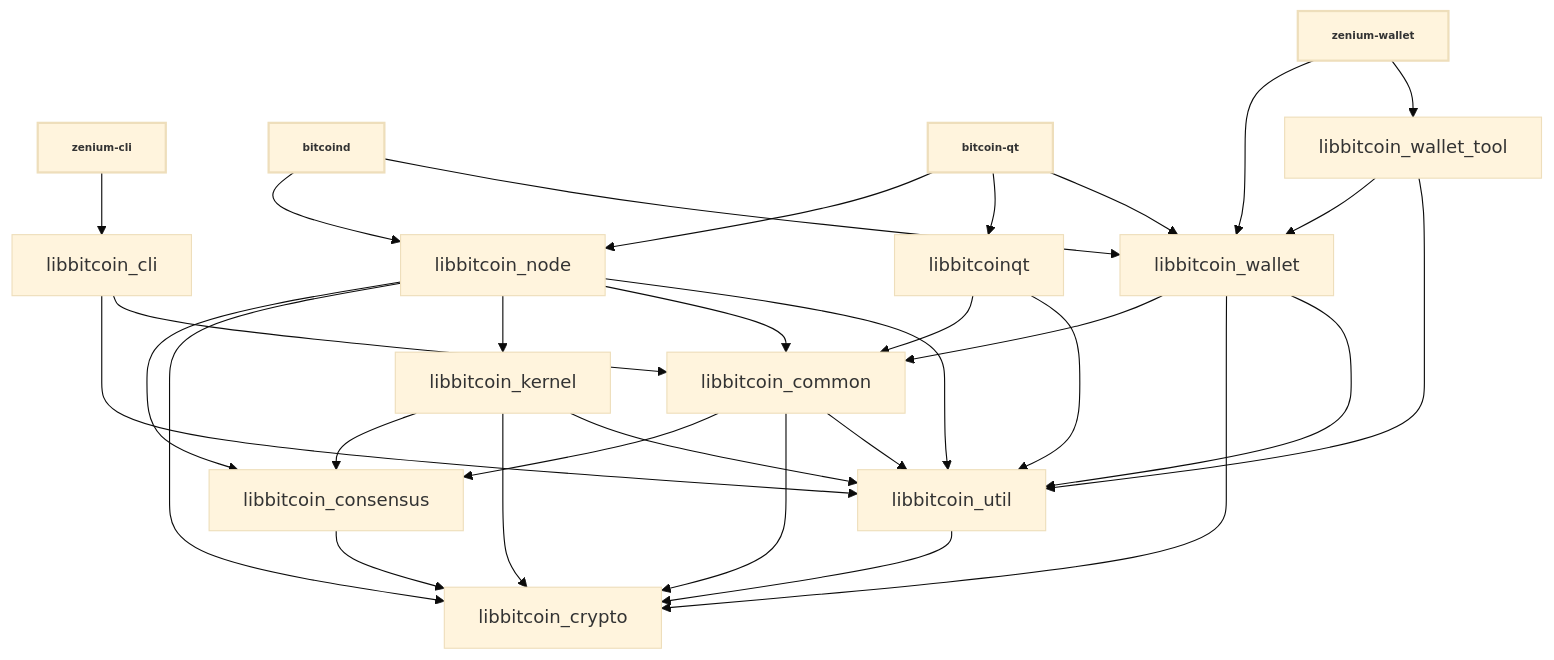
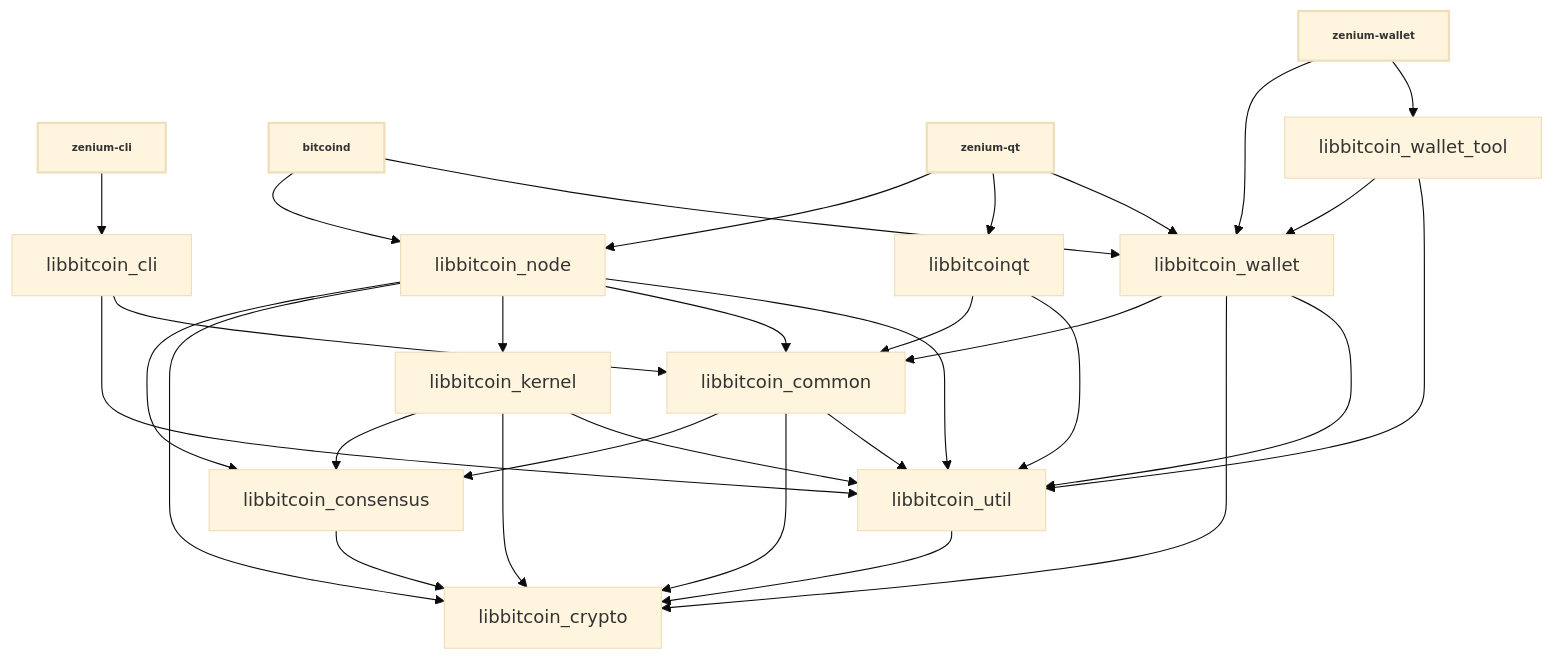
Before and after one commit to zenium-community/zenium: the diagram in doc/design/libraries.md, drawn with Mermaid (base theme). The commit also changed other lines of this file and 47 other files, not shown here.

Commit message:
Rebrand: rename 'bitcoin-qt' to 'zenium-qt'

````diff
--- a/doc/design/libraries.md
+++ b/doc/design/libraries.md
@@ -36,52 +36,52 @@
 ```mermaid
 
 %%{ init : { "flowchart" : { "curve" : "basis" }}}%%
 
 graph TD;
 
 zenium-cli[zenium-cli]-->libbitcoin_cli;
 
 bitcoind[bitcoind]-->libbitcoin_node;
 bitcoind[bitcoind]-->libbitcoin_wallet;
 
-bitcoin-qt[bitcoin-qt]-->libbitcoin_node;
-bitcoin-qt[bitcoin-qt]-->libbitcoinqt;
-bitcoin-qt[bitcoin-qt]-->libbitcoin_wallet;
+zenium-qt[zenium-qt]-->libbitcoin_node;
+zenium-qt[zenium-qt]-->libbitcoinqt;
+zenium-qt[zenium-qt]-->libbitcoin_wallet;
 
 zenium-wallet[zenium-wallet]-->libbitcoin_wallet;
 zenium-wallet[zenium-wallet]-->libbitcoin_wallet_tool;
 
 libbitcoin_cli-->libbitcoin_util;
 libbitcoin_cli-->libbitcoin_common;
 
 libbitcoin_consensus-->libbitcoin_crypto;
 
 libbitcoin_common-->libbitcoin_consensus;
 libbitcoin_common-->libbitcoin_crypto;
 libbitcoin_common-->libbitcoin_util;
 
 libbitcoin_kernel-->libbitcoin_consensus;
 libbitcoin_kernel-->libbitcoin_crypto;
 libbitcoin_kernel-->libbitcoin_util;
 
 libbitcoin_node-->libbitcoin_consensus;
 libbitcoin_node-->libbitcoin_crypto;
 libbitcoin_node-->libbitcoin_kernel;
 libbitcoin_node-->libbitcoin_common;
 libbitcoin_node-->libbitcoin_util;
 
 libbitcoinqt-->libbitcoin_common;
 libbitcoinqt-->libbitcoin_util;
 
 libbitcoin_util-->libbitcoin_crypto;
 
 libbitcoin_wallet-->libbitcoin_common;
 libbitcoin_wallet-->libbitcoin_crypto;
 libbitcoin_wallet-->libbitcoin_util;
 
 libbitcoin_wallet_tool-->libbitcoin_wallet;
 libbitcoin_wallet_tool-->libbitcoin_util;
 
 classDef bold stroke-width:2px, font-weight:bold, font-size: smaller;
-class bitcoin-qt,bitcoind,zenium-cli,zenium-wallet bold
+class zenium-qt,bitcoind,zenium-cli,zenium-wallet bold
 ```
````
